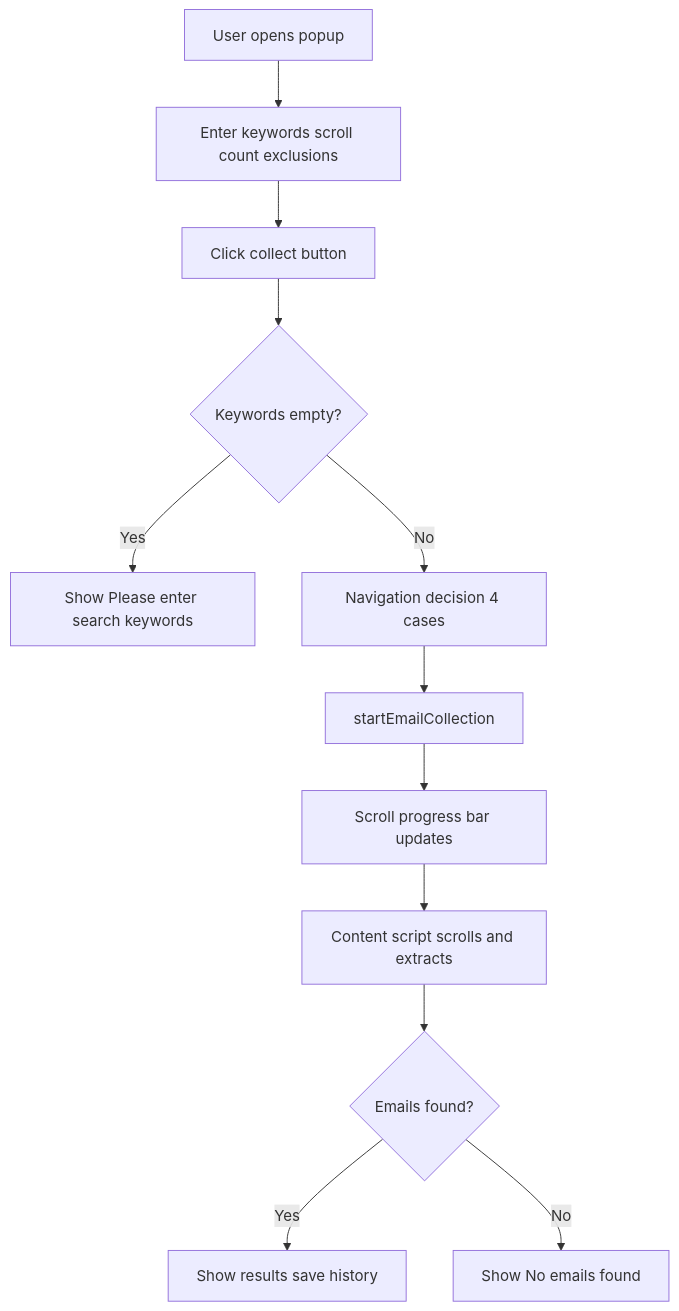
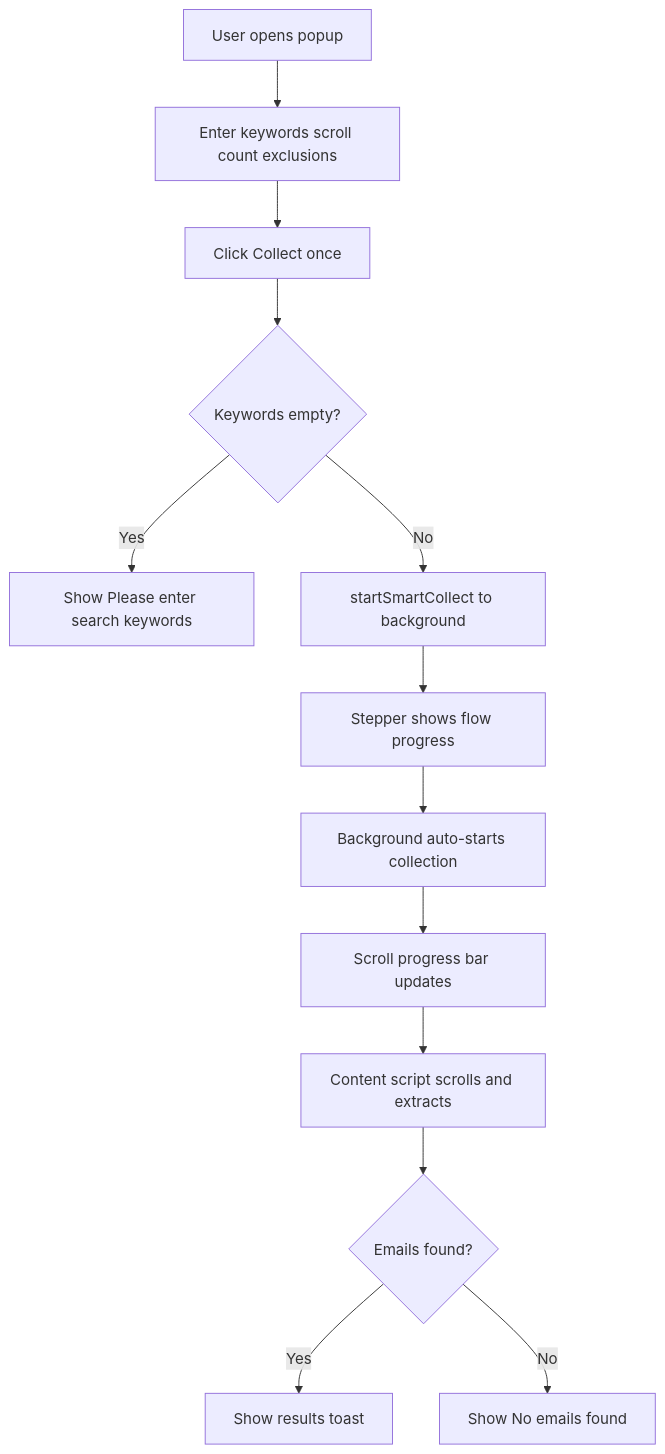
The second of 3 diagrams in docs/UI_AND_UX.md (yagnesh97/reach-in), drawn with Mermaid before and after one commit. The commit also changed other lines of this file and 13 other files, not shown here.

First line of the commit message:
Enhance email collection flow and UI in ReachIn extension

````diff
--- a/docs/UI_AND_UX.md
+++ b/docs/UI_AND_UX.md
@@ -115,15 +118,16 @@
 ```mermaid
 flowchart TD
   Start[User opens popup]
   Start --> EnterKW[Enter keywords scroll count exclusions]
-  EnterKW --> ClickCollect[Click collect button]
+  EnterKW --> ClickCollect[Click Collect once]
   ClickCollect --> Validate{Keywords empty?}
   Validate -->|Yes| Error[Show Please enter search keywords]
-  Validate -->|No| NavDecision[Navigation decision 4 cases]
-  NavDecision --> Collect[startEmailCollection]
+  Validate -->|No| Message[startSmartCollect to background]
+  Message --> Stepper[Stepper shows flow progress]
+  Stepper --> Collect[Background auto-starts collection]
   Collect --> Progress[Scroll progress bar updates]
   Progress --> Scroll[Content script scrolls and extracts]
   Scroll --> Results{Emails found?}
-  Results -->|Yes| Display[Show results save history]
+  Results -->|Yes| Display[Show results toast]
   Results -->|No| NoEmails[Show No emails found]
 ```
````
